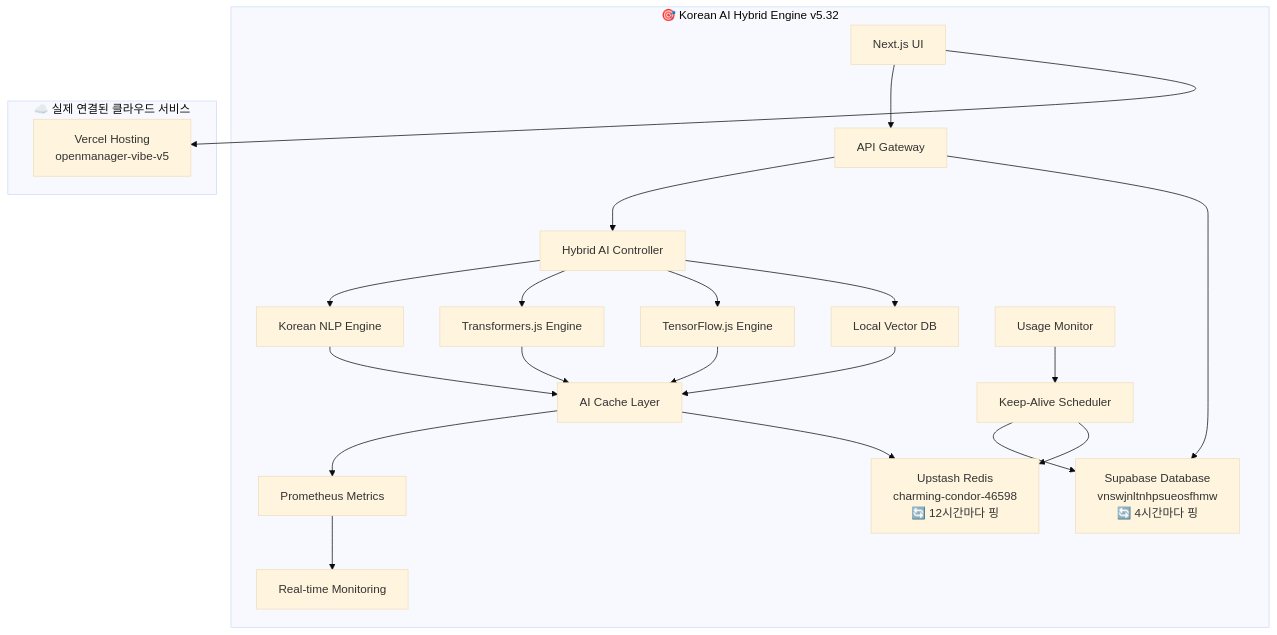
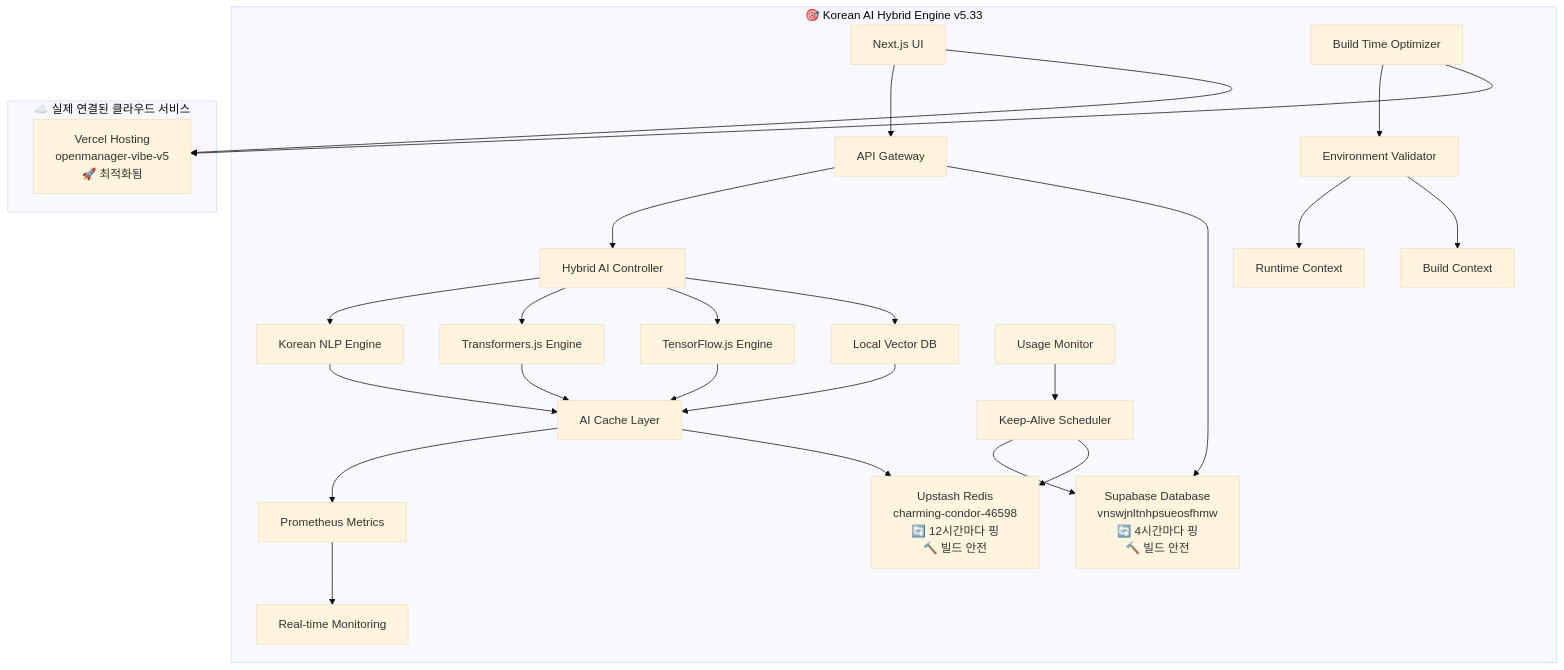
The diagram in README.md (skyasu2/openmanager-vibe-v5), drawn with Mermaid (base theme) before and after one commit. The commit also changed other lines of this file and 3 other files, not shown here.

````diff
--- a/README.md
+++ b/README.md
@@ -93,34 +115,39 @@
 ```mermaid
 graph TB
-    subgraph "🎯 Korean AI Hybrid Engine v5.32"
+    subgraph "🎯 Korean AI Hybrid Engine v5.33"
         UI["Next.js UI"] --> Gateway["API Gateway"]
         Gateway --> Hybrid["Hybrid AI Controller"]
         
         Hybrid --> Korean["Korean NLP Engine"]
         Hybrid --> TF["Transformers.js Engine"]
         Hybrid --> Tensor["TensorFlow.js Engine"]
         Hybrid --> Vector["Local Vector DB"]
         
         Korean --> Cache["AI Cache Layer"]
         TF --> Cache
         Tensor --> Cache
         Vector --> Cache
         
         Cache --> Metrics["Prometheus Metrics"]
         Metrics --> Monitor["Real-time Monitoring"]
         
         UsageMonitor["Usage Monitor"] --> KeepAlive["Keep-Alive Scheduler"]
         KeepAlive --> Supabase
         KeepAlive --> Redis
+        
+        BuildOptimizer["Build Time Optimizer"] --> EnvValidator["Environment Validator"]
+        EnvValidator --> Runtime["Runtime Context"]
+        EnvValidator --> BuildTime["Build Context"]
     end
     
     subgraph "☁️ 실제 연결된 클라우드 서비스"
-        Supabase["Supabase Database<br/>vnswjnltnhpsueosfhmw<br/>🔄 4시간마다 핑"]
-        Redis["Upstash Redis<br/>charming-condor-46598<br/>🔄 12시간마다 핑"]
-        Vercel["Vercel Hosting<br/>openmanager-vibe-v5"]
+        Supabase["Supabase Database<br/>vnswjnltnhpsueosfhmw<br/>🔄 4시간마다 핑<br/>🔨 빌드 안전"]
+        Redis["Upstash Redis<br/>charming-condor-46598<br/>🔄 12시간마다 핑<br/>🔨 빌드 안전"]
+        Vercel["Vercel Hosting<br/>openmanager-vibe-v5<br/>🚀 최적화됨"]
     end
     
     Gateway --> Supabase
     Cache --> Redis
     UI --> Vercel
+    BuildOptimizer --> Vercel
 ```
````
